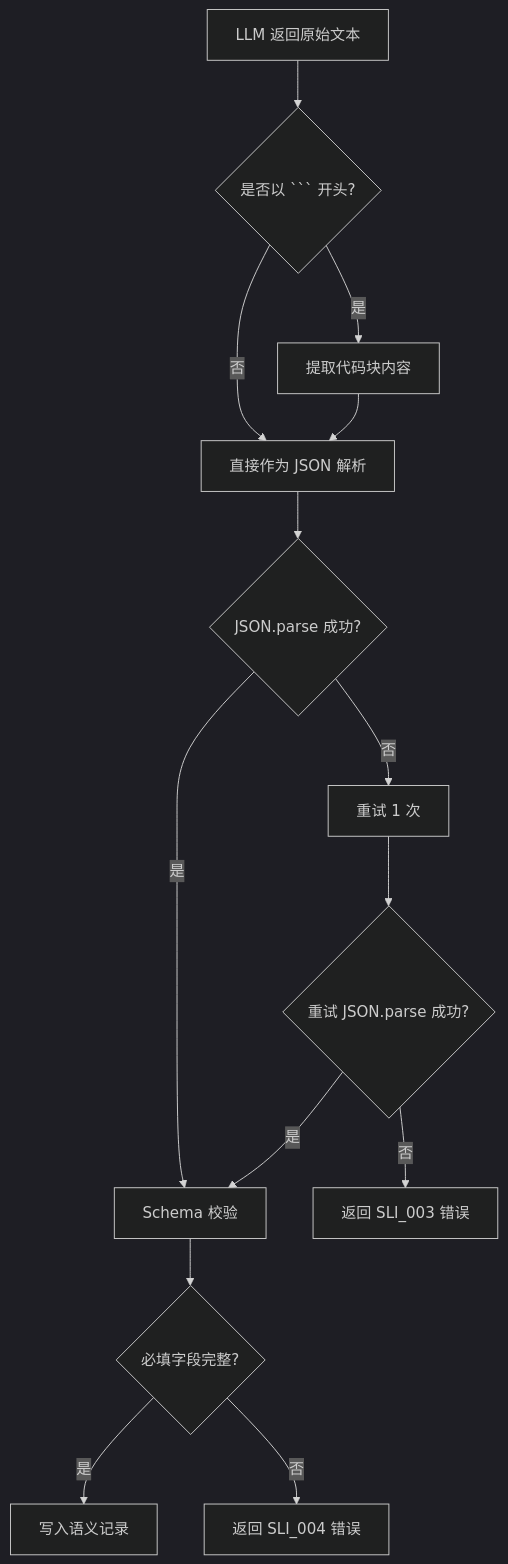
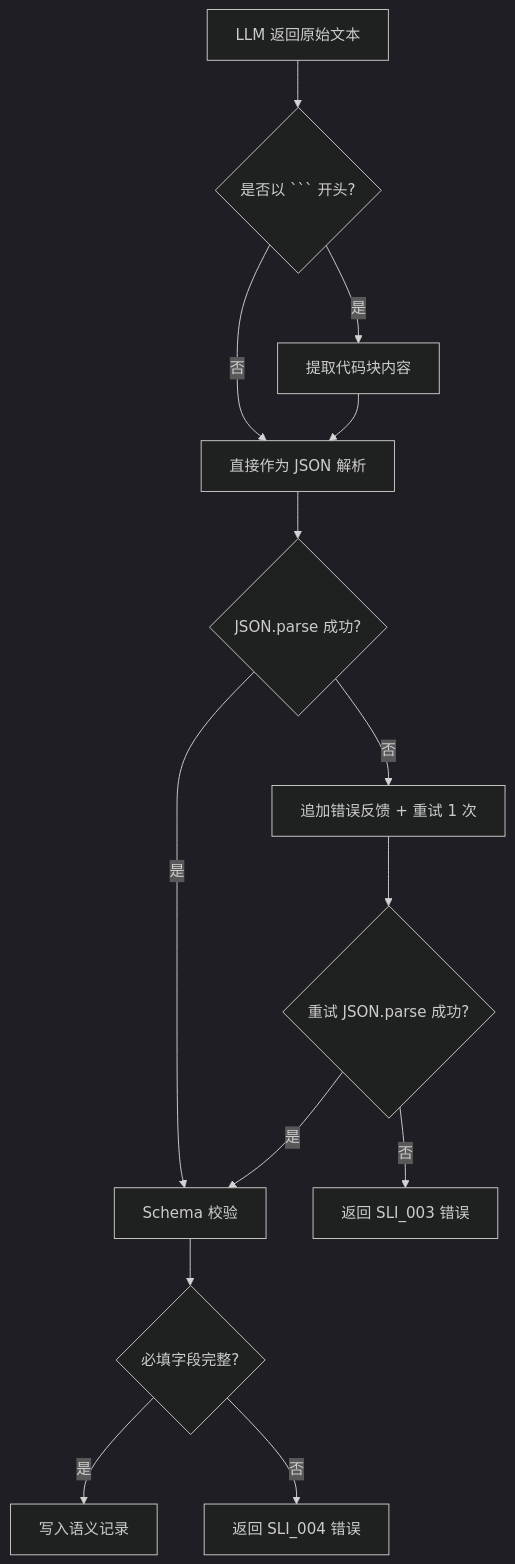
Before and after one commit to Forrest219/mulan-bi-platform: the second of 3 diagrams in docs/specs/12-semantic-llm-integration-spec.md, drawn with Mermaid (dark theme). The commit also changed other lines of this file and 7 other files, not shown here.

````diff
--- a/docs/specs/12-semantic-llm-integration-spec.md
+++ b/docs/specs/12-semantic-llm-integration-spec.md
@@ -595,16 +602,16 @@
 ```mermaid
 flowchart TD
     A[LLM 返回原始文本] --> B{是否以 ``` 开头?}
     B -->|是| C[提取代码块内容]
     B -->|否| D[直接作为 JSON 解析]
     C --> D
     D --> E{JSON.parse 成功?}
     E -->|是| F[Schema 校验]
-    E -->|否| G[重试 1 次]
+    E -->|否| G[追加错误反馈 + 重试 1 次]
     G --> H{重试 JSON.parse 成功?}
     H -->|是| F
     H -->|否| I[返回 SLI_003 错误]
     F --> J{必填字段完整?}
     J -->|是| K[写入语义记录]
     J -->|否| L[返回 SLI_004 错误]
 ```
````
